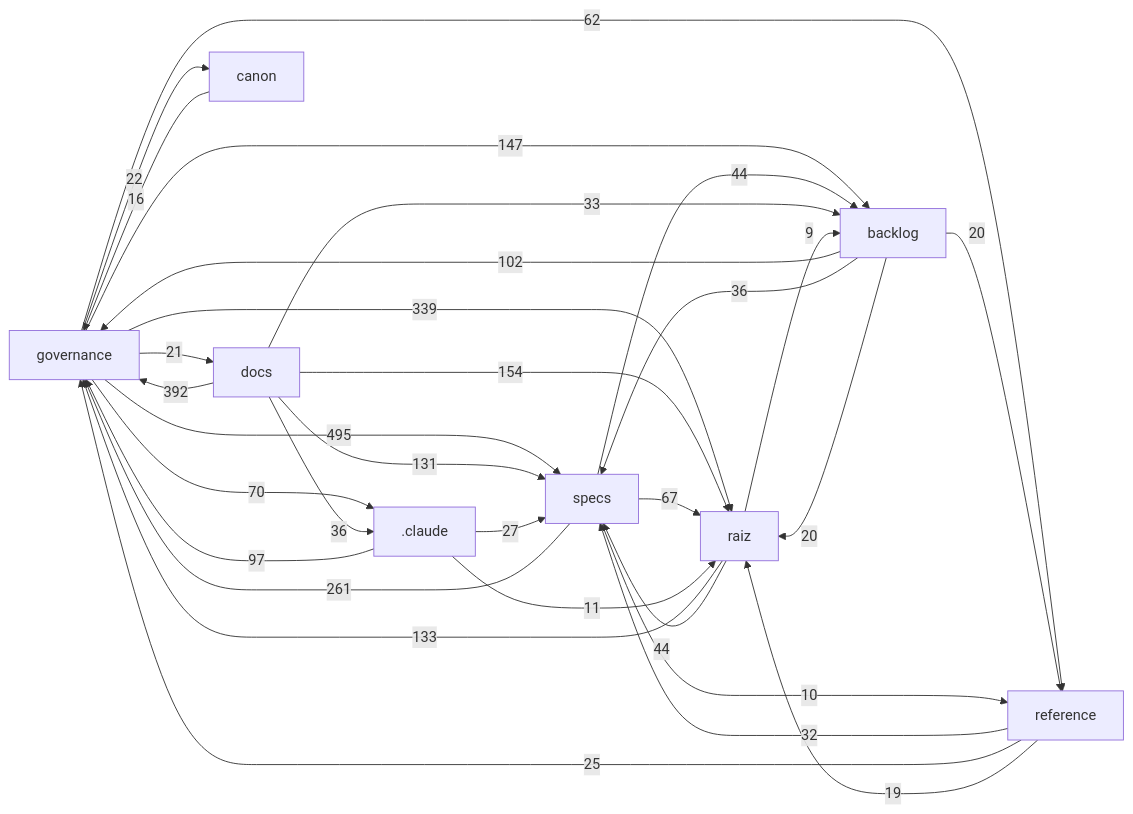
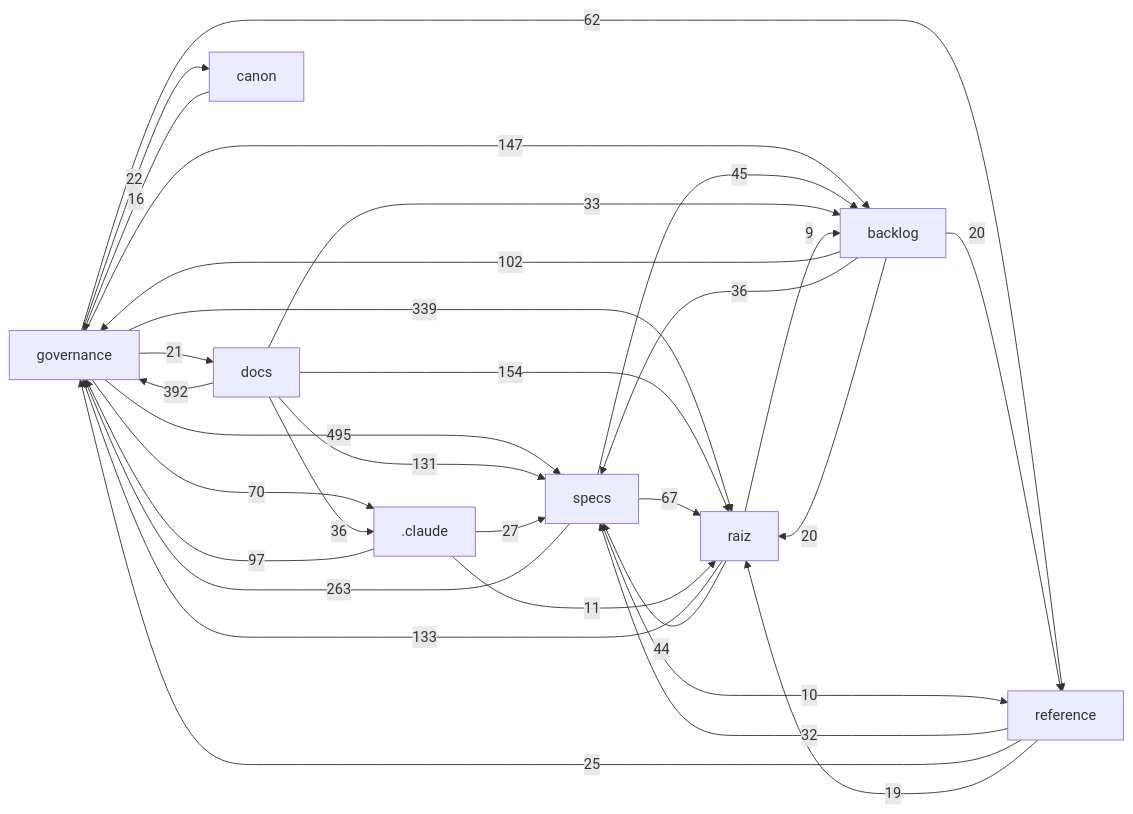
Before and after one commit to Andraus35/Sistema-Operacional-de-Trading--SOT: the diagram in docs/mapa/MAPA-PROJETO.md, drawn with Mermaid. The commit also changed other lines of this file and 2 other files, not shown here.

````diff
--- a/docs/mapa/MAPA-PROJETO.md
+++ b/docs/mapa/MAPA-PROJETO.md
@@ -29,33 +29,33 @@
 ```mermaid
 flowchart LR
   governance["governance"] -->|495| specs["specs"]
   docs["docs"] -->|392| governance["governance"]
   governance["governance"] -->|339| raiz["raiz"]
-  specs["specs"] -->|261| governance["governance"]
+  specs["specs"] -->|263| governance["governance"]
   docs["docs"] -->|154| raiz["raiz"]
   governance["governance"] -->|147| backlog["backlog"]
   raiz["raiz"] -->|133| governance["governance"]
   docs["docs"] -->|131| specs["specs"]
   backlog["backlog"] -->|102| governance["governance"]
   _claude[".claude"] -->|97| governance["governance"]
   governance["governance"] -->|70| _claude[".claude"]
   specs["specs"] -->|67| raiz["raiz"]
   governance["governance"] -->|62| reference["reference"]
+  specs["specs"] -->|45| backlog["backlog"]
   raiz["raiz"] -->|44| specs["specs"]
-  specs["specs"] -->|44| backlog["backlog"]
   backlog["backlog"] -->|36| specs["specs"]
   docs["docs"] -->|36| _claude[".claude"]
   docs["docs"] -->|33| backlog["backlog"]
   reference["reference"] -->|32| specs["specs"]
   _claude[".claude"] -->|27| specs["specs"]
   reference["reference"] -->|25| governance["governance"]
   governance["governance"] -->|22| canon["canon"]
   governance["governance"] -->|21| docs["docs"]
   backlog["backlog"] -->|20| raiz["raiz"]
   backlog["backlog"] -->|20| reference["reference"]
   reference["reference"] -->|19| raiz["raiz"]
   canon["canon"] -->|16| governance["governance"]
   _claude[".claude"] -->|11| raiz["raiz"]
   specs["specs"] -->|10| reference["reference"]
   raiz["raiz"] -->|9| backlog["backlog"]
 ```
````
